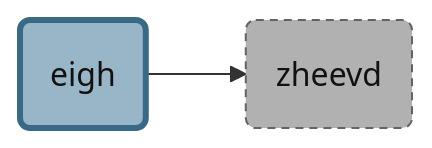
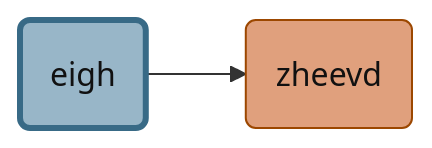
The second of 3 diagrams in docs/content/docs/showcase/modern/eigen_wrappers.mdx (Nevensky/fumadocs-fortran), drawn with Mermaid before and after one commit. The commit also changed other lines of this file and 35 other files, not shown here.

````diff
--- a/docs/content/docs/showcase/modern/eigen_wrappers.mdx
+++ b/docs/content/docs/showcase/modern/eigen_wrappers.mdx
@@ -88,13 +88,13 @@
 ```mermaid
 flowchart LR
   classDef fdfProcedure fill:#98b6c8,stroke:#386a86,color:#111111
-  classDef fdfExternal fill:#b1b1b1,stroke:#636363,color:#111111,stroke-dasharray:4 3
+  classDef fdfLapack fill:#e0a07d,stroke:#9c4700,color:#111111
   classDef fdfFocus stroke-width:3px
   n1("eigh")
   n2("zheevd")
   n1 --> n2
   class n1 fdfProcedure
   class n1 fdfFocus
-  class n2 fdfExternal
+  class n2 fdfLapack
   click n1 href "/docs/showcase/modern/eigen_wrappers#eigh"
 ```
````
